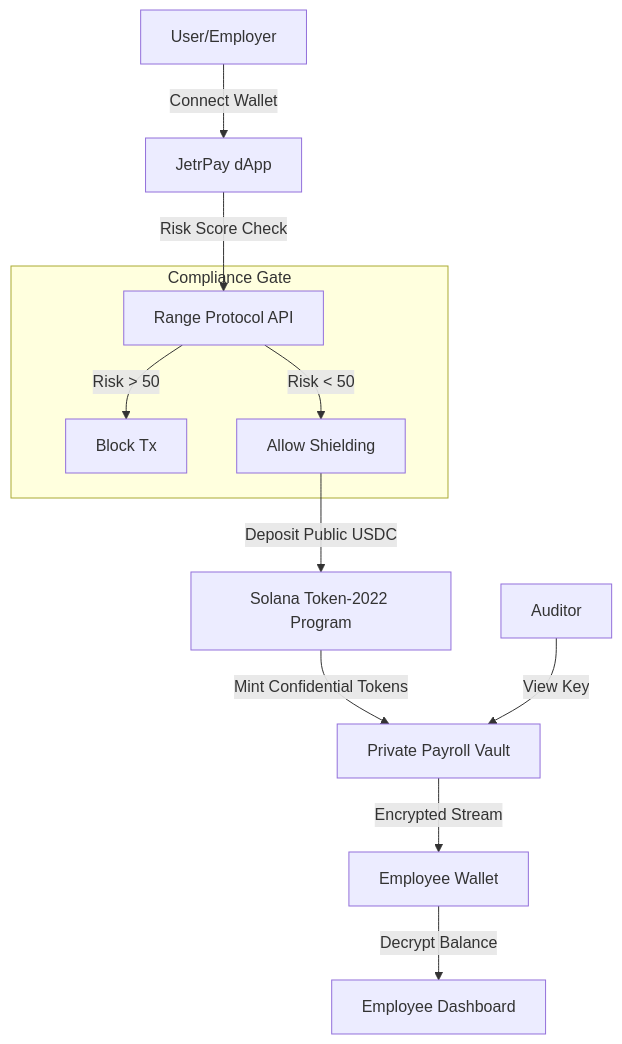
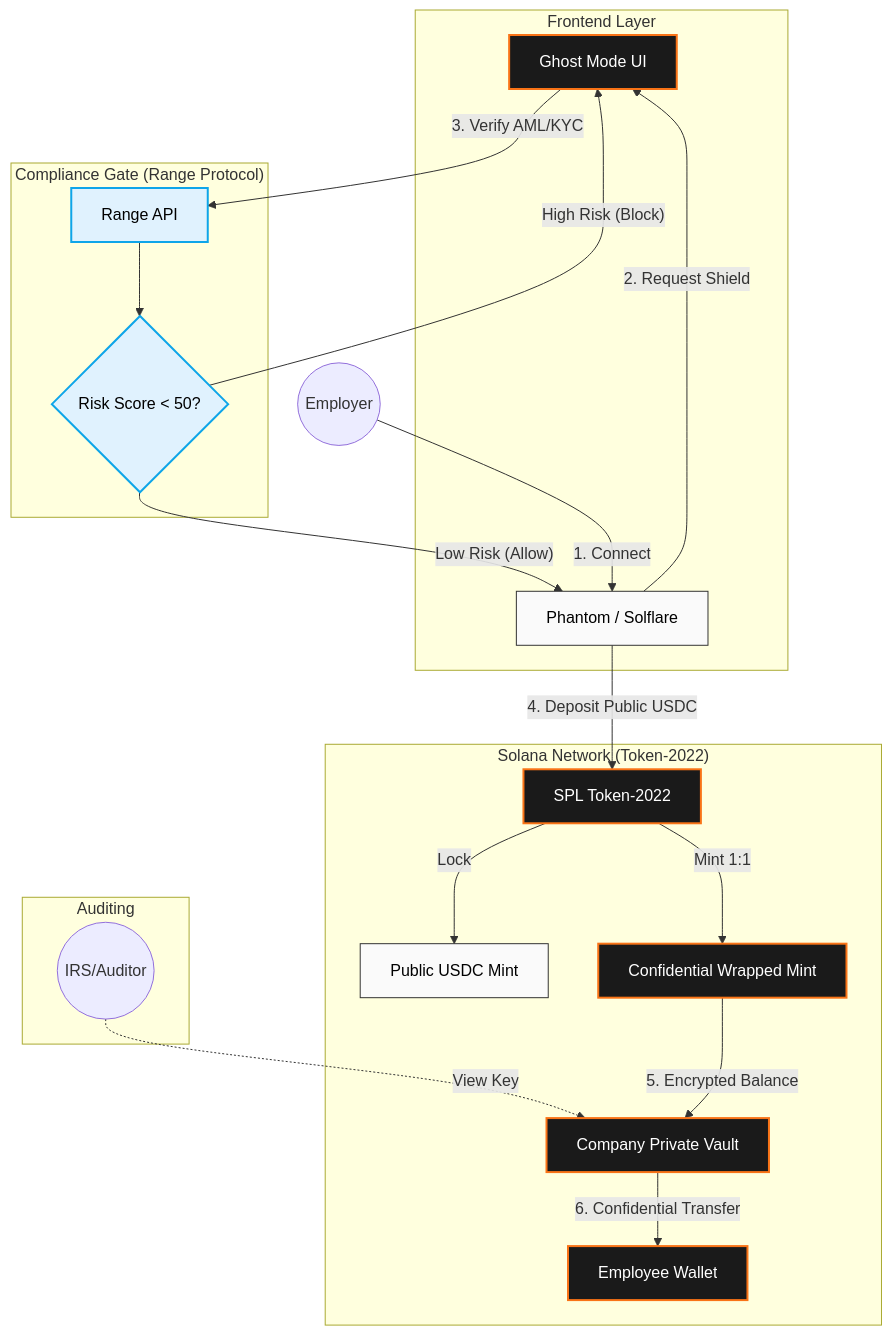
One commit to Ayomisco/jetrpay-solana changed the diagram in README.md. Above: the diagram before and after it, drawn with Mermaid. The commit also changed other lines of this file and 5008 other files, not shown here.

````diff
--- a/README.md
+++ b/README.md
@@ -26,18 +24,45 @@
 ```mermaid
 graph TD
-    User[User/Employer] -->|Connect Wallet| App[JetrPay dApp]
-    App -->|Risk Score Check| Range[Range Protocol API]
+    %% Styling
+    classDef private fill:#1a1a1a,stroke:#f97316,stroke-width:2px,color:#fff;
+    classDef public fill:#fafafa,stroke:#333,stroke-width:1px,color:#000;
+    classDef compliance fill:#e0f2fe,stroke:#0ea5e9,stroke-width:2px,color:#000;
+
+    subgraph "Frontend Layer"
+        UI[Ghost Mode UI]:::private
+        Wallet[Phantom / Solflare]:::public
+    end
+
+    subgraph "Compliance Gate (Range Protocol)"
+        API[Range API]:::compliance
+        RiskEngine{Risk Score < 50?}:::compliance
+    end
+
+    subgraph "Solana Network (Token-2022)"
+        Program[SPL Token-2022]:::private
+        PublicMint[Public USDC Mint]:::public
+        PrivateMint[Confidential Wrapped Mint]:::private
+        Vault[Company Private Vault]:::private
+        EmpWallet[Employee Wallet]:::private
+    end
+
+    %% Flow
+    User((Employer)) -->|1. Connect| Wallet
+    Wallet -->|2. Request Shield| UI
+    UI -->|3. Verify AML/KYC| API
+    API --> RiskEngine
     
-    subgraph "Compliance Gate"
-        Range --"Risk > 50"--> Block[Block Tx]
-        Range --"Risk < 50"--> Allow[Allow Shielding]
+    RiskEngine --"High Risk (Block)"--> UI
+    RiskEngine --"Low Risk (Allow)"--> Wallet
+    
+    Wallet -->|4. Deposit Public USDC| Program
+    Program --"Lock"--> PublicMint
+    Program --"Mint 1:1"--> PrivateMint
+    
+    PrivateMint -->|5. Encrypted Balance| Vault
+    Vault -->|6. Confidential Transfer| EmpWallet
+    
+    subgraph "Auditing"
+        Auditor((IRS/Auditor)) -.->|View Key| Vault
     end
-    
-    Allow -->|Deposit Public USDC| Token2022[Solana Token-2022 Program]
-    Token2022 -->|Mint Confidential Tokens| PrivateVault[Private Payroll Vault]
-    
-    PrivateVault -->|Encrypted Stream| Employee[Employee Wallet]
-    Employee -->|Decrypt Balance| EmpUI[Employee Dashboard]
-    
-    Auditor[Auditor] -->|View Key| PrivateVault
 ```
````
